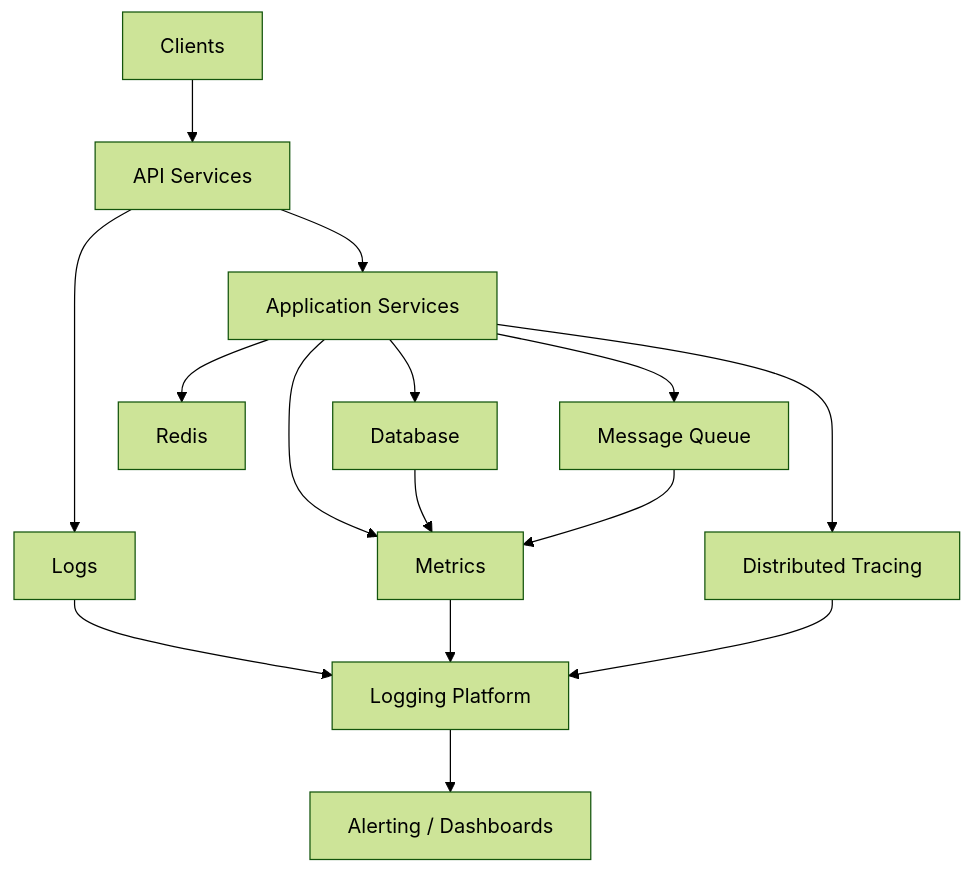
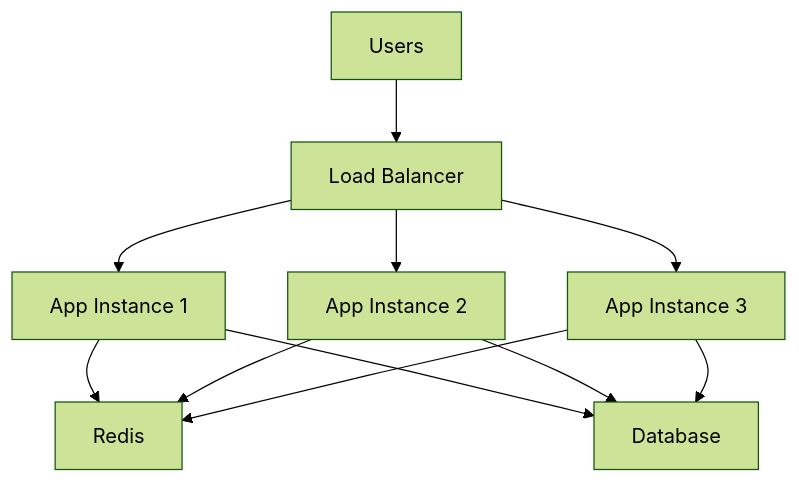
The seventh of 25 diagrams in ARCHITECTURE.md (quesiblaq442-del/architecture-diagram), drawn with Mermaid (forest theme) before and after one commit. The commit also changed other lines of this file, not shown here.

````diff
--- a/ARCHITECTURE.md
+++ b/ARCHITECTURE.md
@@ -174,19 +181,13 @@
 ```mermaid
 graph TB
-    Client["Clients"] --> API["API Services"]
-    API --> App["Application Services"]
-    App --> DB["Database"]
-    App --> Cache["Redis"]
-    App --> Queue["Message Queue"]
-
-    API --> Logs["Logs"]
-    App --> Metrics["Metrics"]
-    App --> Traces["Distributed Tracing"]
-    DB --> Metrics
-    Queue --> Metrics
-
-    Logs --> Observability["Logging Platform"]
-    Metrics --> Observability
-    Traces --> Observability
-    Observability --> Alerts["Alerting / Dashboards"]
+    Users["Users"] --> LB["Load Balancer"]
+    LB --> App1["App Instance 1"]
+    LB --> App2["App Instance 2"]
+    LB --> App3["App Instance 3"]
+    App1 --> Cache["Redis"]
+    App2 --> Cache
+    App3 --> Cache
+    App1 --> DB["Database"]
+    App2 --> DB
+    App3 --> DB
 ```
````
